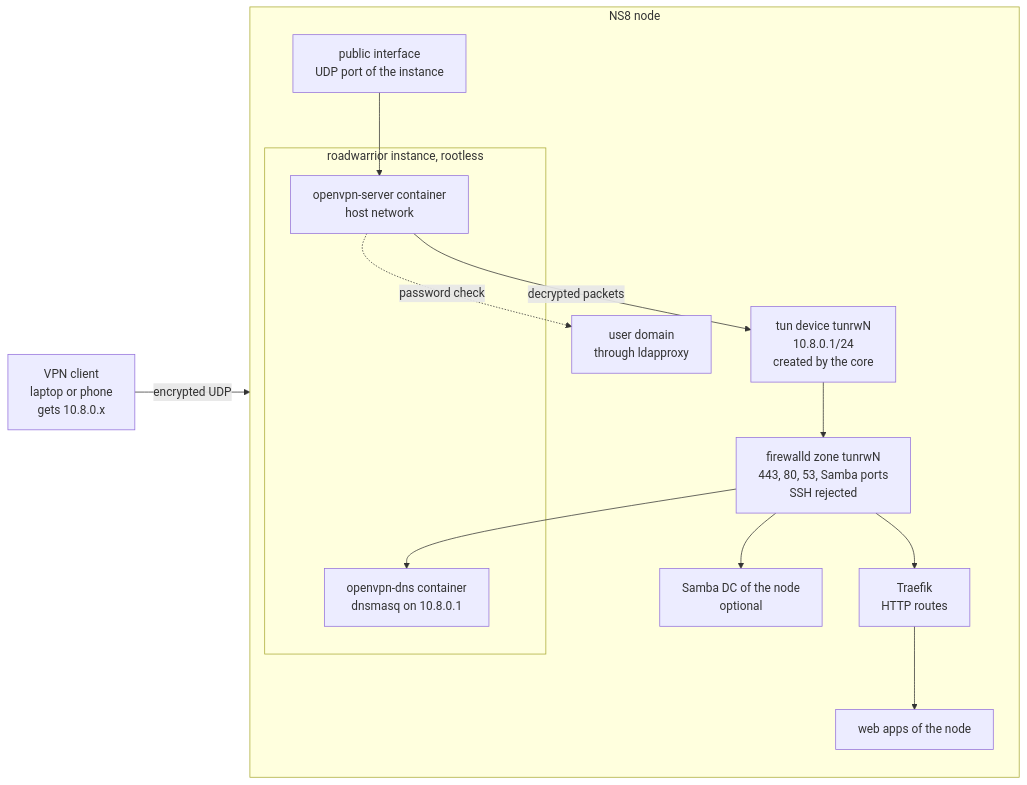
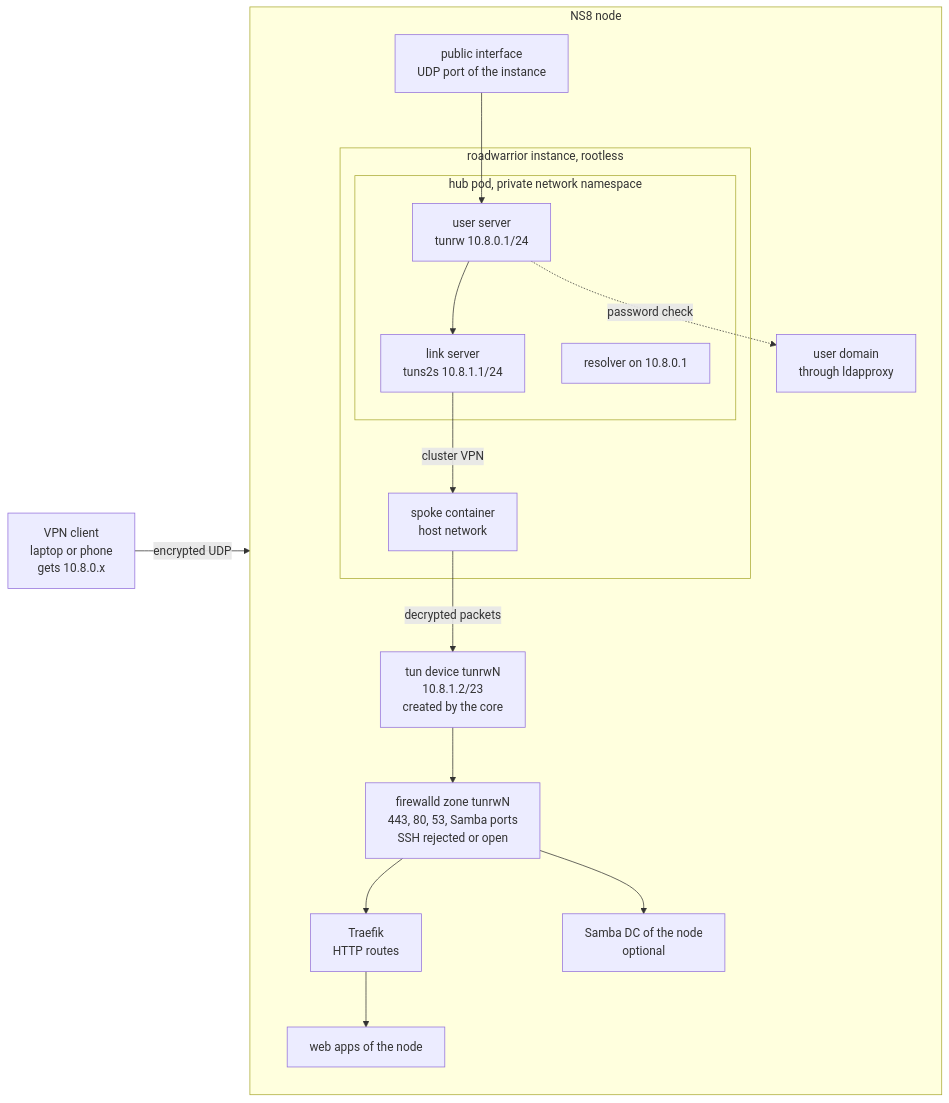
Before and after one commit to stephdl/ns8-roadwarrior: the first of 7 diagrams in docs/network.md, drawn with Mermaid. The commit also changed other lines of this file and 64 other files, not shown here.

````diff
--- a/docs/network.md
+++ b/docs/network.md
@@ -7,29 +9,33 @@
 ```mermaid
 flowchart LR
     client["VPN client<br/>laptop or phone<br/>gets 10.8.0.x"]
 
     subgraph node["NS8 node"]
         direction TB
         nic["public interface<br/>UDP port of the instance"]
 
         subgraph module["roadwarrior instance, rootless"]
-            ovpn["openvpn-server container<br/>host network"]
-            dns["openvpn-dns container<br/>dnsmasq on 10.8.0.1"]
+            subgraph pod["hub pod, private network namespace"]
+                ovpn["user server<br/>tunrw 10.8.0.1/24"]
+                s2s["link server<br/>tuns2s 10.8.1.1/24"]
+                dns["resolver on 10.8.0.1"]
+            end
+            spoke["spoke container<br/>host network"]
         end
 
-        tun["tun device tunrwN<br/>10.8.0.1/24<br/>created by the core"]
-        zone["firewalld zone tunrwN<br/>443, 80, 53, Samba ports<br/>SSH rejected"]
+        tun["tun device tunrwN<br/>10.8.1.2/23<br/>created by the core"]
+        zone["firewalld zone tunrwN<br/>443, 80, 53, Samba ports<br/>SSH rejected or open"]
         traefik["Traefik<br/>HTTP routes"]
         apps["web apps of the node"]
         samba["Samba DC of the node<br/>optional"]
         ldap["user domain<br/>through ldapproxy"]
     end
 
     client -- "encrypted UDP" --> nic --> ovpn
-    ovpn -- "decrypted packets" --> tun
+    ovpn --> s2s -- "cluster VPN" --> spoke
+    spoke -- "decrypted packets" --> tun
     tun --> zone
     zone --> traefik --> apps
     zone --> samba
-    zone --> dns
     ovpn -. "password check" .-> ldap
 ```
````
